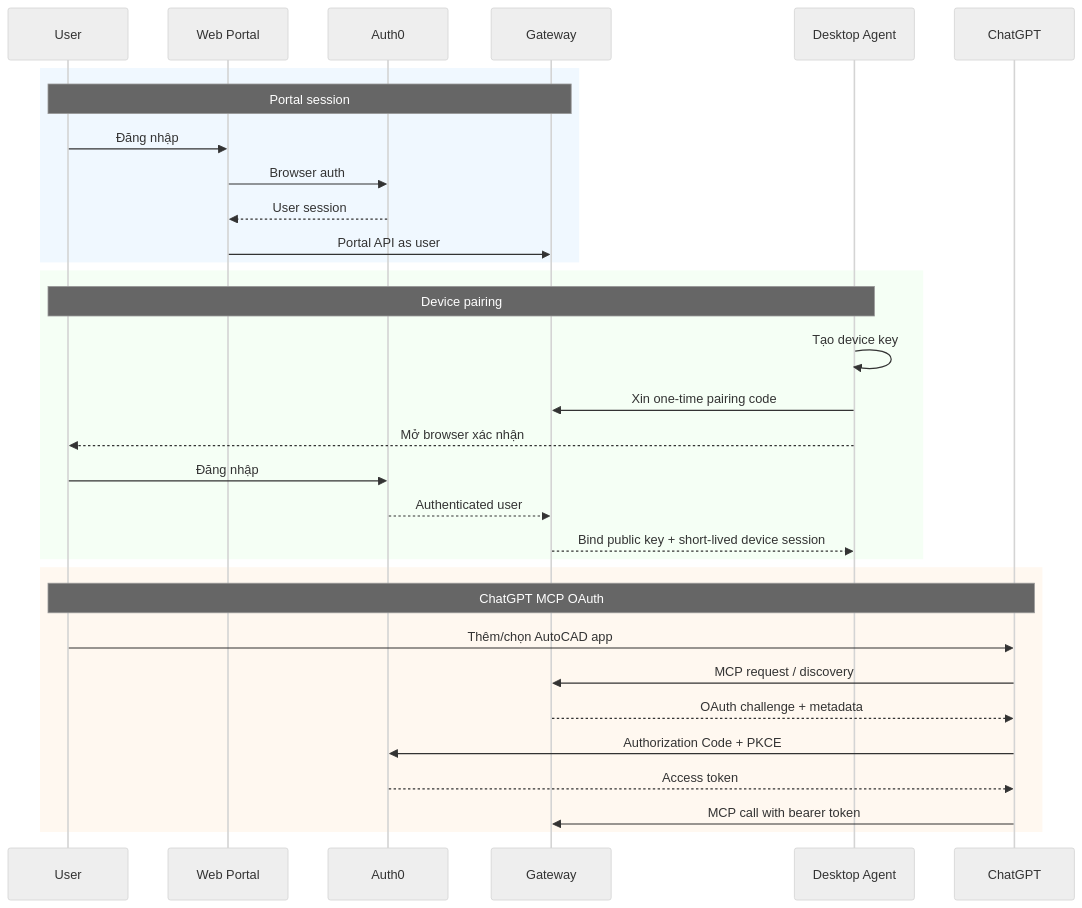
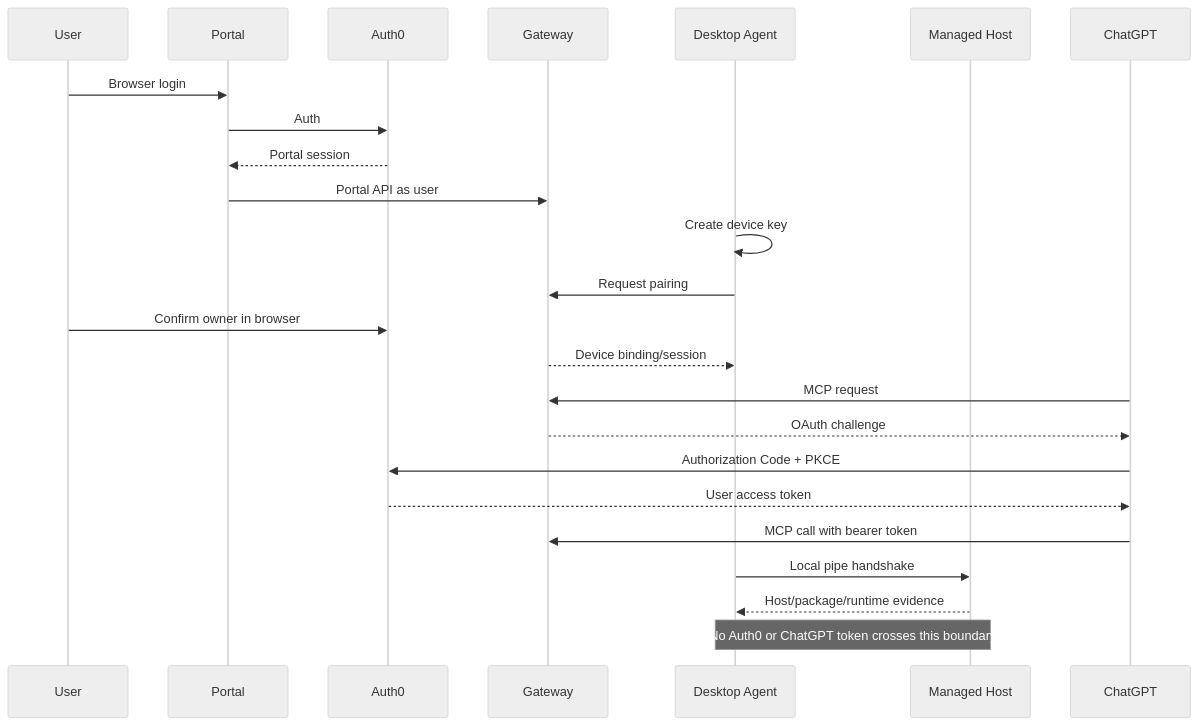
The second of 2 diagrams in docs/architecture/appendix-user-interface.md (sontakmtp-cell/autocad-fastmcp), drawn with Mermaid (neutral theme) before and after one commit. The commit also changed other lines of this file, not shown here.

Commit message:
docs: align UI appendix with Managed .NET runtime architecture

````diff
--- a/docs/architecture/appendix-user-interface.md
+++ b/docs/architecture/appendix-user-interface.md
@@ -551,37 +649,30 @@
 ```mermaid
 sequenceDiagram
     participant U as User
-    participant P as Web Portal
+    participant P as Portal
     participant IDP as Auth0
     participant G as Gateway
     participant A as Desktop Agent
+    participant H as Managed Host
     participant C as ChatGPT
 
-    rect rgb(240, 248, 255)
-        Note over U,G: Portal session
-        U->>P: Đăng nhập
-        P->>IDP: Browser auth
-        IDP-->>P: User session
-        P->>G: Portal API as user
-    end
+    U->>P: Browser login
+    P->>IDP: Auth
+    IDP-->>P: Portal session
+    P->>G: Portal API as user
 
-    rect rgb(245, 255, 245)
-        Note over U,A: Device pairing
-        A->>A: Tạo device key
-        A->>G: Xin one-time pairing code
-        A-->>U: Mở browser xác nhận
-        U->>IDP: Đăng nhập
-        IDP-->>G: Authenticated user
-        G-->>A: Bind public key + short-lived device session
-    end
+    A->>A: Create device key
+    A->>G: Request pairing
+    U->>IDP: Confirm owner in browser
+    G-->>A: Device binding/session
 
-    rect rgb(255, 248, 240)
-        Note over U,C: ChatGPT MCP OAuth
-        U->>C: Thêm/chọn AutoCAD app
-        C->>G: MCP request / discovery
-        G-->>C: OAuth challenge + metadata
-        C->>IDP: Authorization Code + PKCE
-        IDP-->>C: Access token
-        C->>G: MCP call with bearer token
-    end
+    C->>G: MCP request
+    G-->>C: OAuth challenge
+    C->>IDP: Authorization Code + PKCE
+    IDP-->>C: User access token
+    C->>G: MCP call with bearer token
+
+    A->>H: Local pipe handshake
+    H-->>A: Host/package/runtime evidence
+    Note over A,H: No Auth0 or ChatGPT token crosses this boundary
 ```
````
